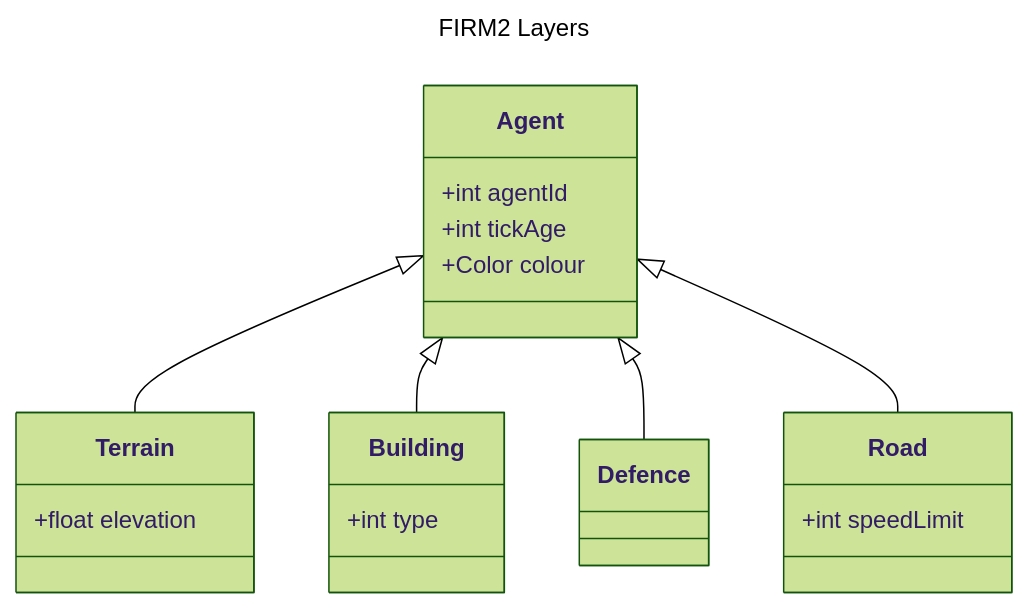
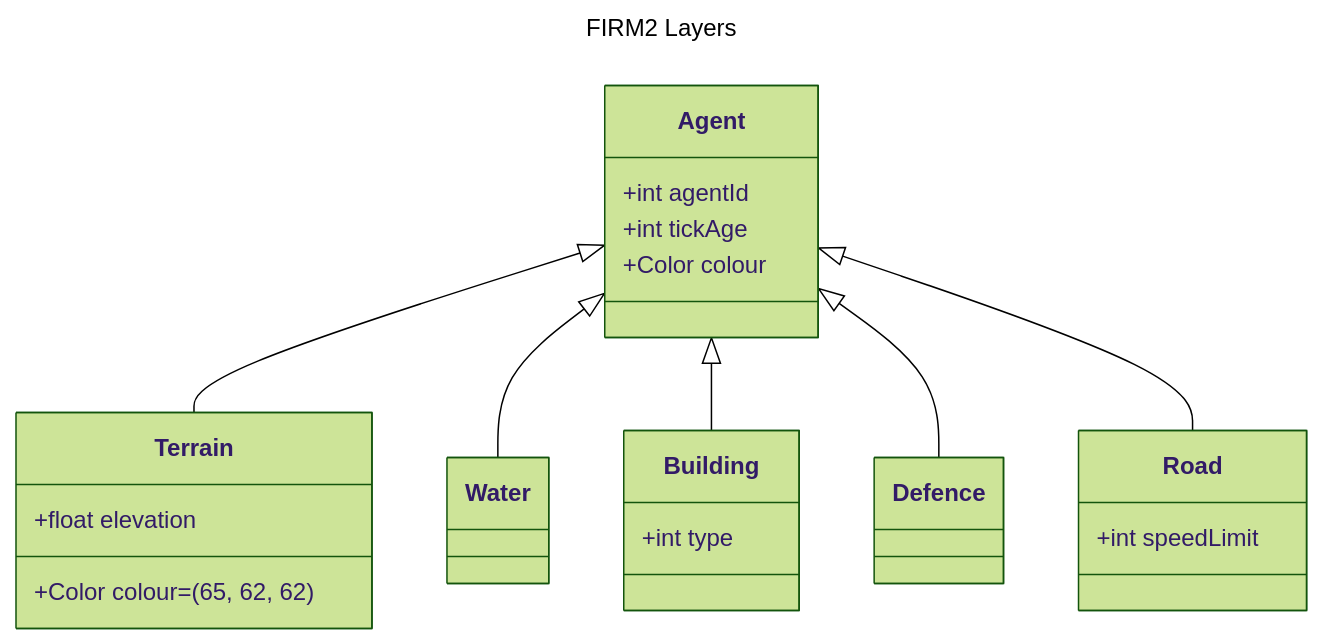
Before and after one commit to nclwater/FIRM2: the diagram in DESIGN.md, drawn with Mermaid (forest theme). The commit also changed other lines of this file and 1 other file, not shown here.

````diff
--- a/DESIGN.md
+++ b/DESIGN.md
@@ -5,31 +5,38 @@
 ```mermaid
 ---
 title: FIRM2 Layers
 ---
 
 classDiagram
     class Agent{
         +int agentId
         +int tickAge
         +Color colour
     }
     class Terrain {
         +float elevation
+        +Color colour=(65, 62, 62)
     }
     class Building {
         +int type
     }
-    class Defence
+    class Defence {
+        
+    }
     class Road {
         +int speedLimit
     }
+    class Water {
+        
+    }
    
     Agent <|--Terrain
+    Agent <|--Water
     Agent <|--Building
     Agent <|--Defence
     Agent <|--Road
     
 
     
 
 ```
````
